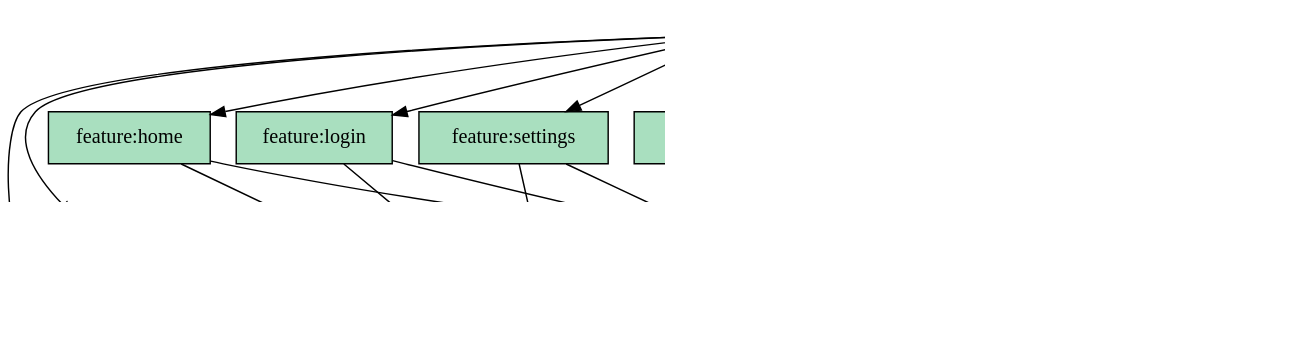
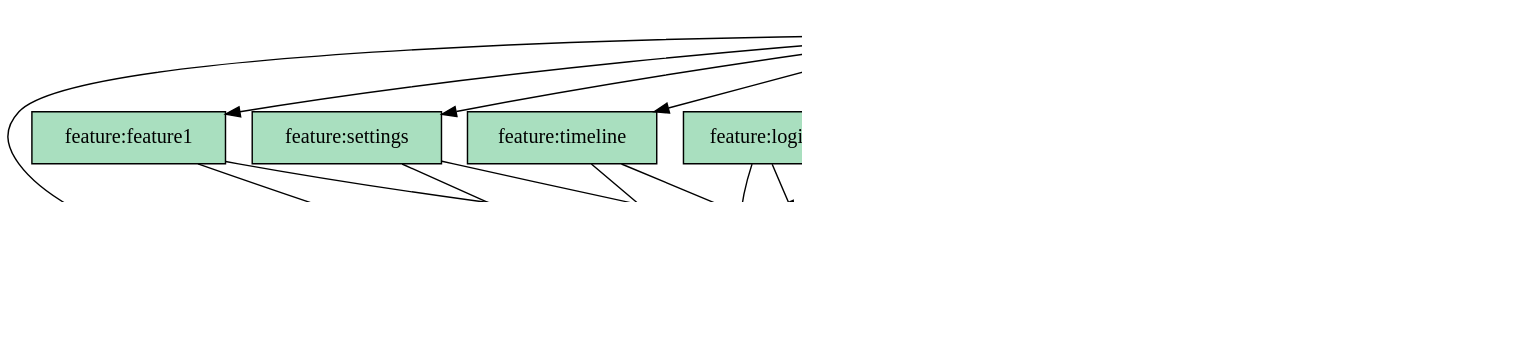
Before and after one commit to soma17th-369/Laimory-android: the diagram in docs/dependency-graph/modules.dot, drawn with Graphviz. The commit also changed 2 other files, not shown here.

```diff
--- a/docs/dependency-graph/modules.dot
+++ b/docs/dependency-graph/modules.dot
@@ -1,48 +1,56 @@
 digraph "modules" {
 edge ["dir"="forward"]
 graph ["dpi"="150" "rankdir"="TB"]
 node ["shape"="rectangle" "style"="filled"]
 
 "app" ["label"="app" "fillcolor"="#AED6F1"]
 "core-collection" ["label"="core:collection" "fillcolor"="#FAD7A0"]
 "core-data" ["label"="core:data" "fillcolor"="#FAD7A0"]
 "core-domain" ["label"="core:domain" "fillcolor"="#D2B4DE"]
 "core-ui" ["label"="core:ui" "fillcolor"="#FAD7A0"]
 "core-util" ["label"="core:util" "fillcolor"="#FAD7A0"]
 "feature-collection" ["label"="feature:collection" "fillcolor"="#A9DFBF"]
 "feature-feature1" ["label"="feature:feature1" "fillcolor"="#A9DFBF"]
 "feature-home" ["label"="feature:home" "fillcolor"="#A9DFBF"]
 "feature-login" ["label"="feature:login" "fillcolor"="#A9DFBF"]
+"feature-onboarding" ["label"="feature:onboarding" "fillcolor"="#A9DFBF"]
 "feature-settings" ["label"="feature:settings" "fillcolor"="#A9DFBF"]
 "feature-timeline" ["label"="feature:timeline" "fillcolor"="#A9DFBF"]
 
 // edges
 "app" -> "core-collection"
 "app" -> "core-data"
 "app" -> "core-domain"
 "app" -> "core-ui"
 "app" -> "core-util"
 "app" -> "feature-collection"
 "app" -> "feature-feature1"
 "app" -> "feature-home"
 "app" -> "feature-login"
+"app" -> "feature-onboarding"
 "app" -> "feature-settings"
 "app" -> "feature-timeline"
 "core-collection" -> "core-domain"
 "core-collection" -> "core-util"
 "core-data" -> "core-domain"
+"core-data" -> "core-util"
 "core-ui" -> "core-domain"
 "core-ui" -> "core-util"
 "feature-collection" -> "core-domain"
 "feature-collection" -> "core-ui"
+"feature-collection" -> "core-util"
 "feature-feature1" -> "core-domain"
 "feature-feature1" -> "core-ui"
 "feature-home" -> "core-domain"
 "feature-home" -> "core-ui"
+"feature-home" -> "core-util"
 "feature-login" -> "core-domain"
 "feature-login" -> "core-ui"
+"feature-onboarding" -> "core-domain"
+"feature-onboarding" -> "core-ui"
+"feature-onboarding" -> "core-util"
 "feature-settings" -> "core-domain"
 "feature-settings" -> "core-ui"
 "feature-timeline" -> "core-domain"
 "feature-timeline" -> "core-ui"
 }
```
